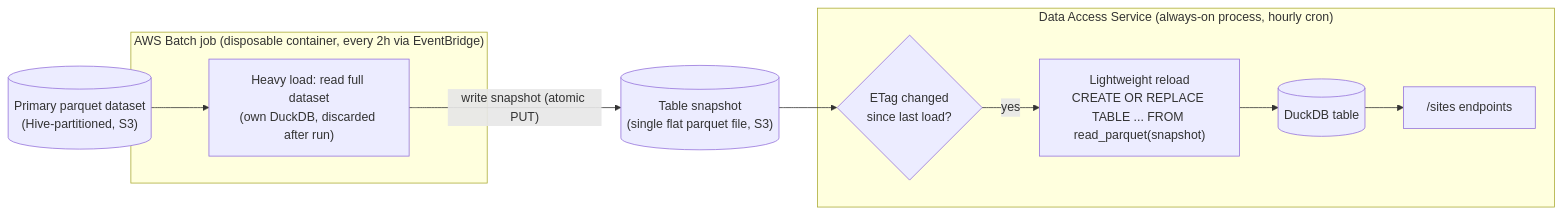
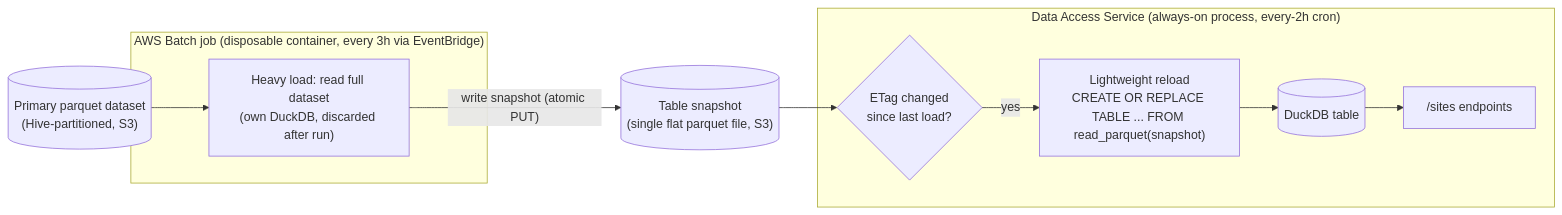
The second of 2 diagrams in data_access_service/sites/technical.md (aodn/data-access-service), drawn with Mermaid before and after one commit. The commit also changed other lines of this file and 2 other files, not shown here.

````diff
--- a/data_access_service/sites/technical.md
+++ b/data_access_service/sites/technical.md
@@ -32,22 +32,22 @@
 ```mermaid
 flowchart LR
     primary[("Primary parquet dataset\n(Hive-partitioned, S3)")]
     snapshot[("Table snapshot\n(single flat parquet file, S3)")]
 
-    subgraph batch["AWS Batch job (disposable container, every 2h via EventBridge)"]
+    subgraph batch["AWS Batch job (disposable container, every 3h via EventBridge)"]
         batchLoad["Heavy load: read full dataset\n(own DuckDB, discarded after run)"]
     end
 
-    subgraph api["Data Access Service (always-on process, hourly cron)"]
+    subgraph api["Data Access Service (always-on process, every-2h cron)"]
         etagCheck{"ETag changed\nsince last load?"}
         reload["Lightweight reload\nCREATE OR REPLACE TABLE ... FROM read_parquet(snapshot)"]
         table[("DuckDB table")]
         endpoint["/sites endpoints"]
 
         etagCheck -->|"yes"| reload --> table --> endpoint
     end
 
     primary --> batchLoad
     batchLoad -->|"write snapshot (atomic PUT)"| snapshot
     snapshot --> etagCheck
 ```
````
